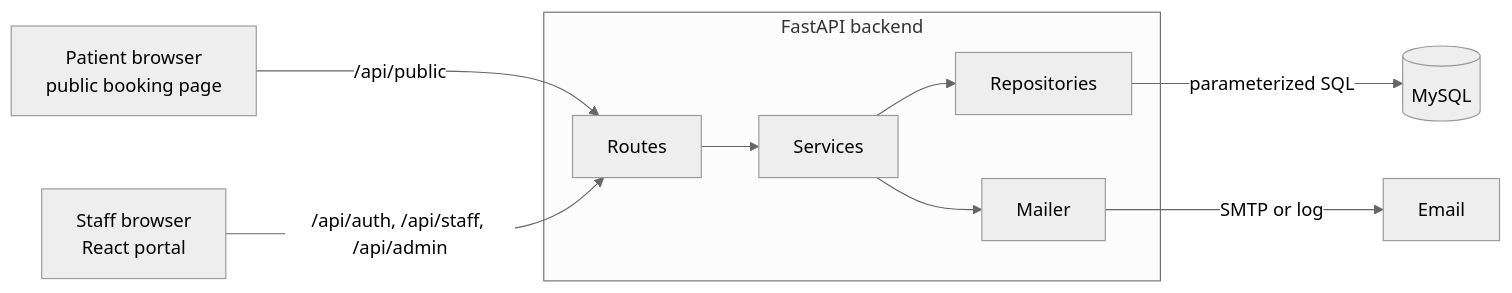
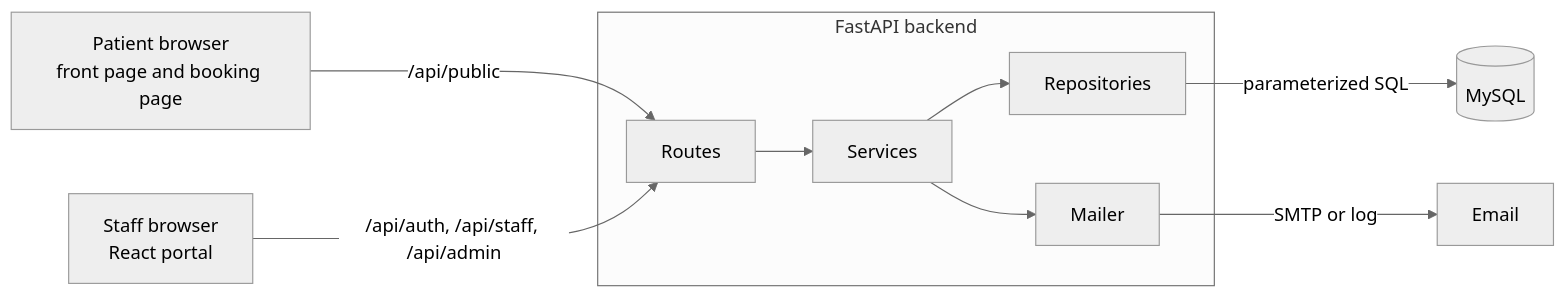
Before and after one commit to kelsengile/AppointMed: the first of 11 diagrams in DOCUMENTATION.md, drawn with Mermaid (neutral theme). The commit also changed other lines of this file and 8 other files, not shown here.

````diff
--- a/DOCUMENTATION.md
+++ b/DOCUMENTATION.md
@@ -157,12 +162,12 @@
 ```mermaid
 flowchart LR
-    P[Patient browser<br/>public booking page] -->|/api/public| API
+    P[Patient browser<br/>front page and booking page] -->|/api/public| API
     S[Staff browser<br/>React portal] -->|/api/auth, /api/staff, /api/admin| API
     subgraph Backend [FastAPI backend]
         API[Routes] --> SV[Services]
         SV --> RP[Repositories]
         SV --> ML[Mailer]
     end
     RP -->|parameterized SQL| DB[(MySQL)]
     ML -->|SMTP or log| EM[Email]
 ```
````
